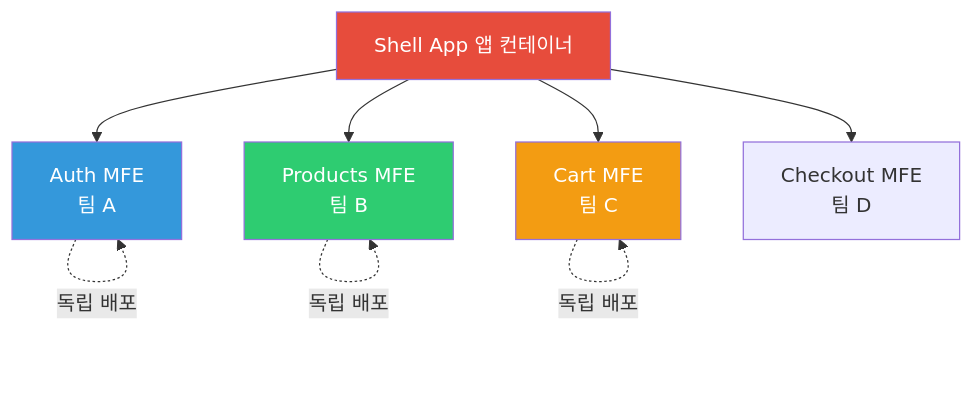
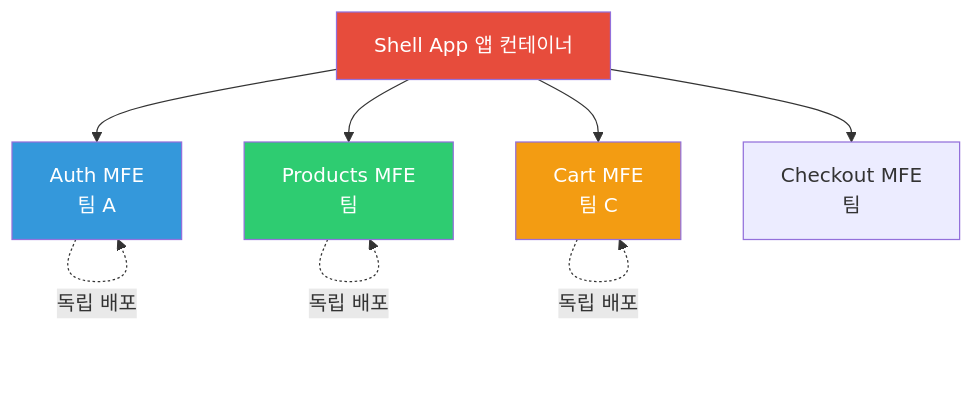
The sixth of 7 diagrams in _posts/frontend/2026-05-02-frontend-architecture.md (yjkim2015/yjkim2015.github.io), drawn with Mermaid before and after one commit. The commit also changed other lines of this file and 271 other files, not shown here.

First line of the commit message:
Mermaid 라벨 축소: 긴 노드 텍스트 18자 이하로 트림 + \n 제거

````diff
--- a/_posts/frontend/2026-05-02-frontend-architecture.md
+++ b/_posts/frontend/2026-05-02-frontend-architecture.md
@@ -267,15 +267,15 @@
 ```mermaid
 graph TD
     SHELL["Shell App 앱 컨테이너"]
     SHELL --> AUTH["Auth MFE<br>팀 A"]
-    SHELL --> PRODUCTS["Products MFE<br>팀 B"]
+    SHELL --> PRODUCTS["Products MFE<br>팀"]
     SHELL --> CART["Cart MFE<br>팀 C"]
-    SHELL --> CHECKOUT["Checkout MFE<br>팀 D"]
+    SHELL --> CHECKOUT["Checkout MFE<br>팀"]
     AUTH -.->|"독립 배포"| AUTH
     PRODUCTS -.->|"독립 배포"| PRODUCTS
     CART -.->|"독립 배포"| CART
     style SHELL fill:#e74c3c,color:#fff
     style AUTH fill:#3498db,color:#fff
     style PRODUCTS fill:#2ecc71,color:#fff
     style CART fill:#f39c12,color:#fff
 ```
````
